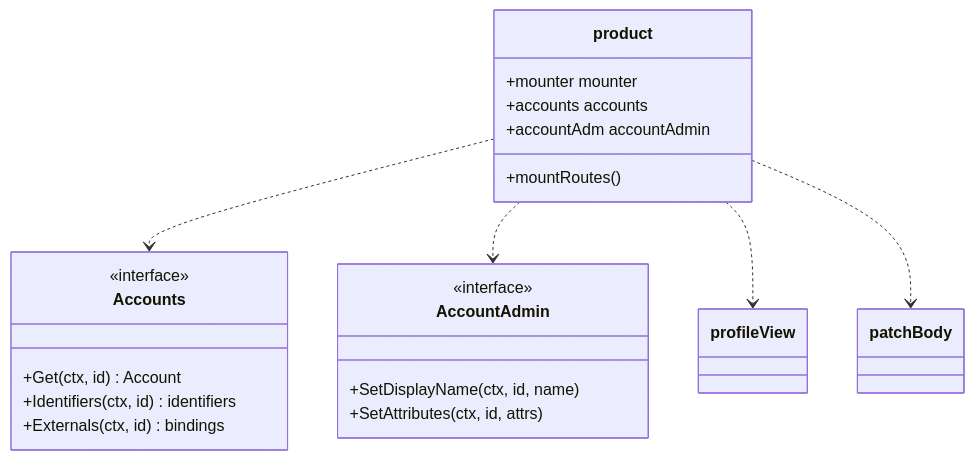
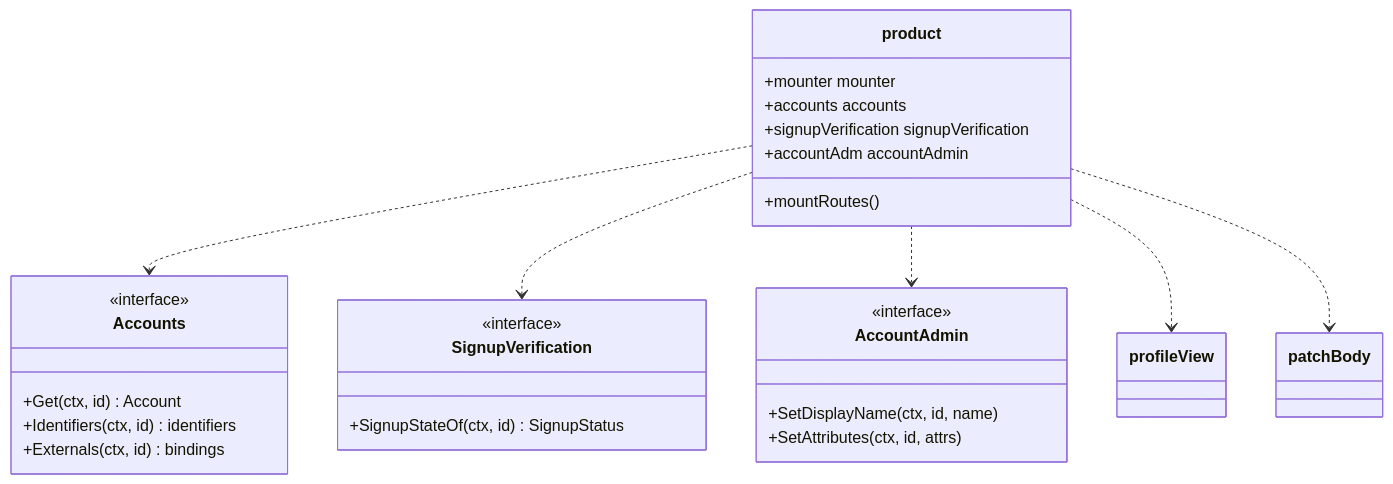
The diagram in docs/design/modules/authn/design-authn-profile.md (wangzw/speed), drawn with Mermaid before and after one commit. The commit also changed other lines of this file and 30 other files, not shown here.

First line of the commit message:
docs(authn): specify password signup with deferred email verification

````diff
--- a/docs/design/modules/authn/design-authn-profile.md
+++ b/docs/design/modules/authn/design-authn-profile.md
@@ -111,26 +114,32 @@
 ```mermaid
 classDiagram
     class product {
         +mounter mounter
         +accounts accounts
+        +signupVerification signupVerification
         +accountAdm accountAdmin
         +mountRoutes()
     }
     class Accounts {
         <<interface>>
         +Get(ctx, id) Account
         +Identifiers(ctx, id) identifiers
         +Externals(ctx, id) bindings
     }
+    class SignupVerification {
+        <<interface>>
+        +SignupStateOf(ctx, id) SignupStatus
+    }
     class AccountAdmin {
         <<interface>>
         +SetDisplayName(ctx, id, name)
         +SetAttributes(ctx, id, attrs)
     }
     class profileView
     class patchBody
     product ..> Accounts
+    product ..> SignupVerification
     product ..> AccountAdmin
     product ..> profileView
     product ..> patchBody
 ```
````
